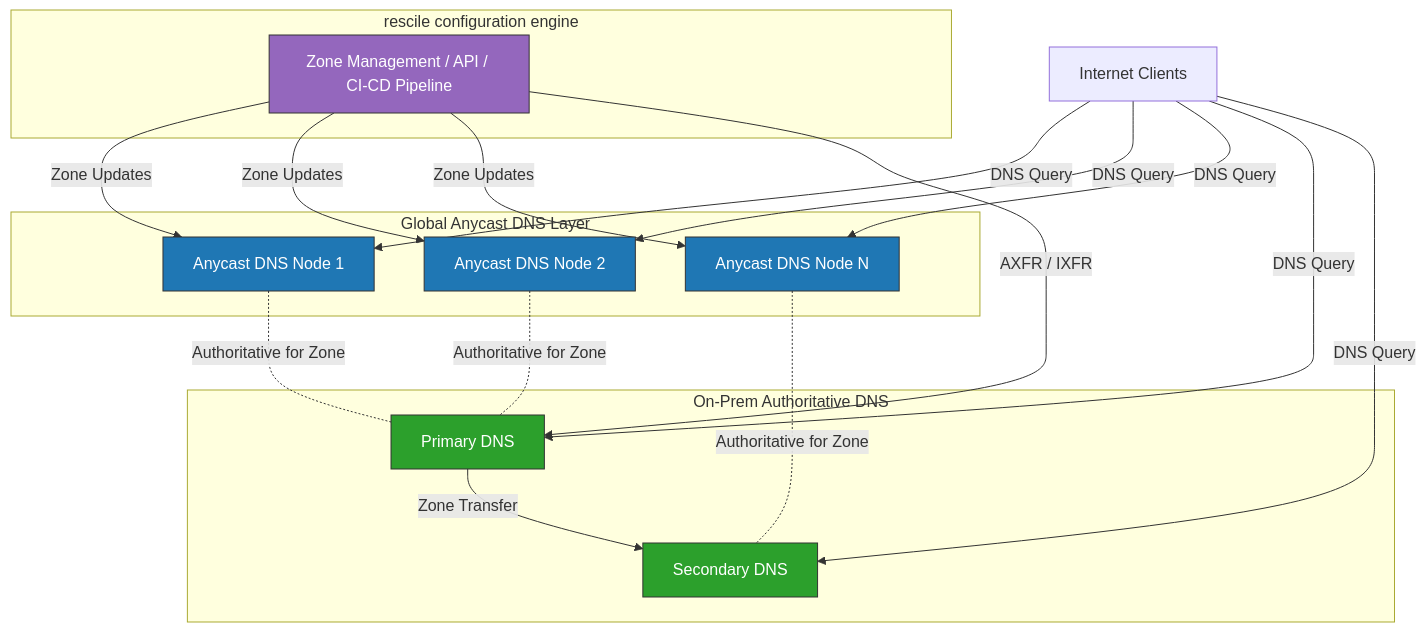
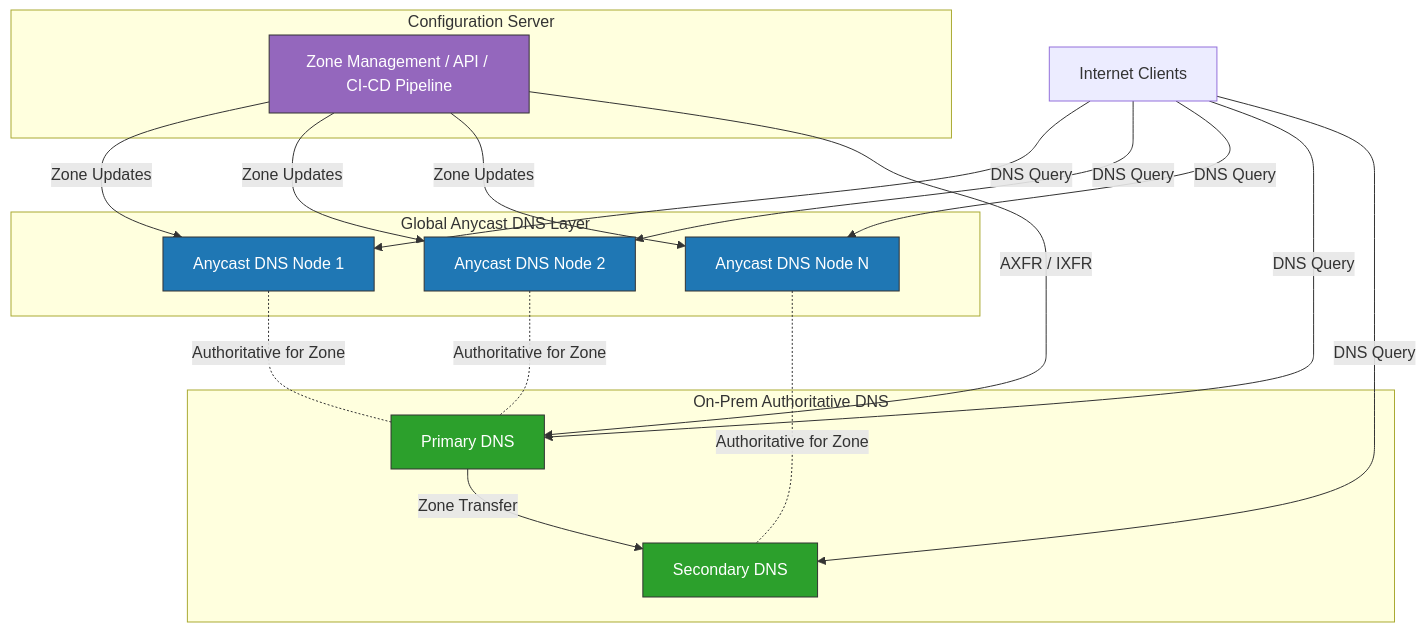
Before and after one commit to rescile/public_dns: the diagram in README.md, drawn with Mermaid.

Commit message:
UPDATE: Template examples.

````diff
--- a/README.md
+++ b/README.md
@@ -6,51 +6,51 @@
 ```mermaid
 flowchart
 %% Clients
 C[Internet Clients]
 
 %% Anycast / Cloud Edge Layer
 subgraph EDGE["Global Anycast DNS Layer"]
     E1[Anycast DNS Node 1]
     E2[Anycast DNS Node 2]
     E3[Anycast DNS Node N]
 end
 
 %% On-Prem Layer
 subgraph ONPREM["On-Prem Authoritative DNS"]
     P1[Primary DNS]
     P2[Secondary DNS]
 end
 
 %% Control Plane
-subgraph CONTROL["rescile configuration engine"]
+subgraph CONTROL["Configuration Server"]
     CP[Zone Management / API / CI-CD Pipeline]
 end
 
 %% Zone Distribution
 CP -->|Zone Updates| E1
 CP -->|Zone Updates| E2
 CP -->|Zone Updates| E3
 CP -->|AXFR / IXFR| P1
 P1 -->|Zone Transfer| P2
 
 %% Client Resolution Path
 C -->|DNS Query| E1
 C -->|DNS Query| E2
 C -->|DNS Query| E3
 C -->|DNS Query| P1
 C -->|DNS Query| P2
 
 %% Logical Relationship
 E1 -. Authoritative for Zone .- P1
 E2 -. Authoritative for Zone .- P1
 E3 -. Authoritative for Zone .- P2
 
 %% Styling
 classDef edge fill:#1f77b4,stroke:#333,stroke-width:1px,color:#fff;
 classDef onprem fill:#2ca02c,stroke:#333,stroke-width:1px,color:#fff;
 classDef control fill:#9467bd,stroke:#333,stroke-width:1px,color:#fff;
 
 class E1,E2,E3 edge;
 class P1,P2 onprem;
 class CP control;
 ```
````
